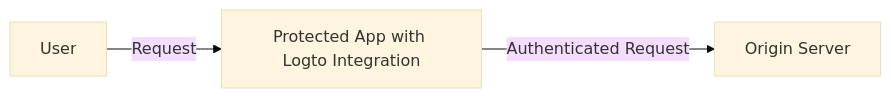
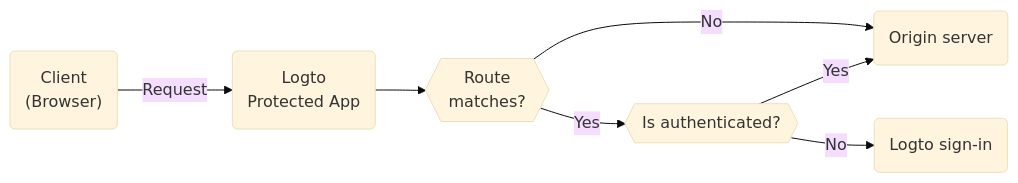
One commit to logto-io/docs changed the diagram in docs/docs/recipes/protected-app/README.mdx. Above: the diagram before and after it, drawn with Mermaid (base theme).

Commit message:
docs: refactor protected app figure

````diff
--- a/docs/docs/recipes/protected-app/README.mdx
+++ b/docs/docs/recipes/protected-app/README.mdx
@@ -23,5 +23,9 @@
 ```mermaid
-graph LR;
-    A[User] -->|Request| B[Protected App with Logto Integration]
-    B -->|Authenticated Request| C[Origin Server]
+graph LR
+  A("Client<br/>(Browser)") -->|Request| B(Logto<br/>Protected App)
+  B --> Condition{{Route<br/>matches?}}
+  Condition -->|Yes| Matched{{Is authenticated?}}
+  Matched -->|Yes| C(Origin server)
+  Matched -->|No| D(Logto sign-in)
+  Condition -->|No| C
 ```
````
